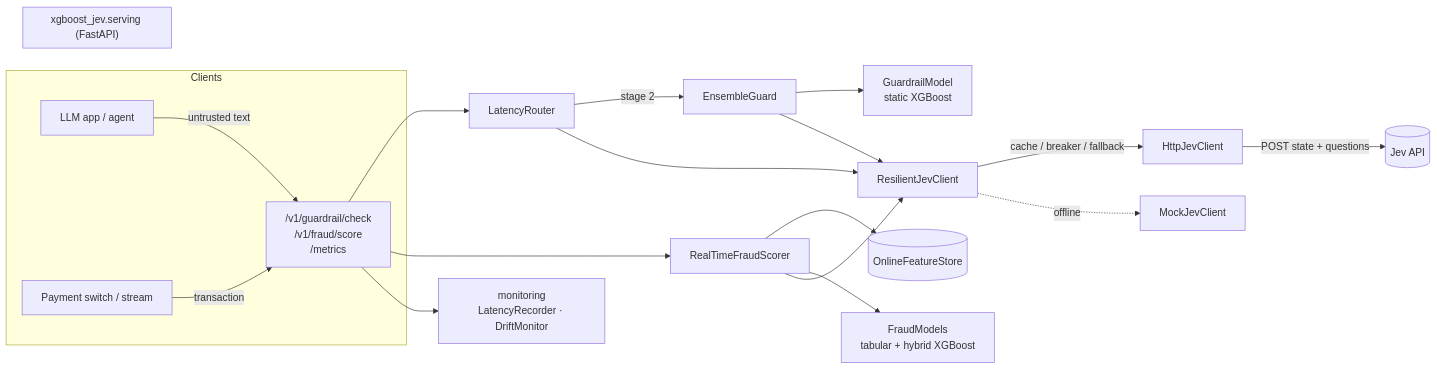
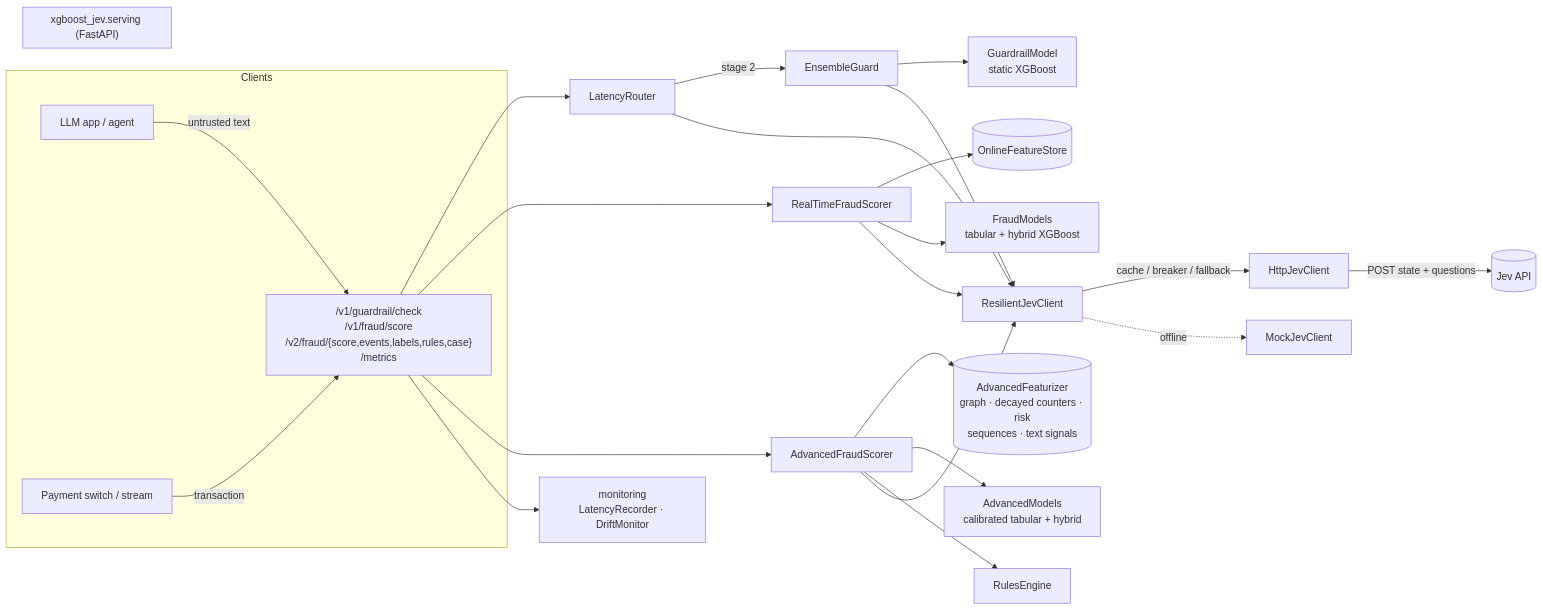
The first of 13 diagrams in docs/architecture.md (thanhauco/xgboost-jev), drawn with Mermaid before and after one commit. The commit also changed other lines of this file and 2 other files, not shown here.

First line of the commit message:
Document the advanced fraud stack, its measured limits and the new videos

````diff
--- a/docs/architecture.md
+++ b/docs/architecture.md
@@ -23,25 +24,29 @@
 ```mermaid
 flowchart LR
     subgraph Clients
         A[LLM app / agent] -->|untrusted text| API
         P[Payment switch / stream] -->|transaction| API
     end
 
     subgraph Service["xgboost_jev.serving (FastAPI)"]
-        API["/v1/guardrail/check<br/>/v1/fraud/score<br/>/metrics"]
+        API["/v1/guardrail/check<br/>/v1/fraud/score<br/>/v2/fraud/{score,events,labels,rules,case}<br/>/metrics"]
     end
 
     API --> R[LatencyRouter]
     R -->|stage 2| E[EnsembleGuard]
     E --> GM[GuardrailModel<br/>static XGBoost]
     API --> FS[RealTimeFraudScorer]
     FS --> ST[(OnlineFeatureStore)]
     FS --> FM[FraudModels<br/>tabular + hybrid XGBoost]
+    API --> AS[AdvancedFraudScorer]
+    AS --> AF[("AdvancedFeaturizer<br/>graph · decayed counters · risk<br/>sequences · text signals")]
+    AS --> AM[AdvancedModels<br/>calibrated tabular + hybrid]
+    AS --> RU[RulesEngine]
 
-    R & E & FS --> J[ResilientJevClient]
+    R & E & FS & AS --> J[ResilientJevClient]
     J -->|cache / breaker / fallback| H[HttpJevClient]
     H -->|POST state + questions| JEV[(Jev API)]
     J -.offline.-> M[MockJevClient]
 
     API --> MON[monitoring<br/>LatencyRecorder · DriftMonitor]
 ```
````
